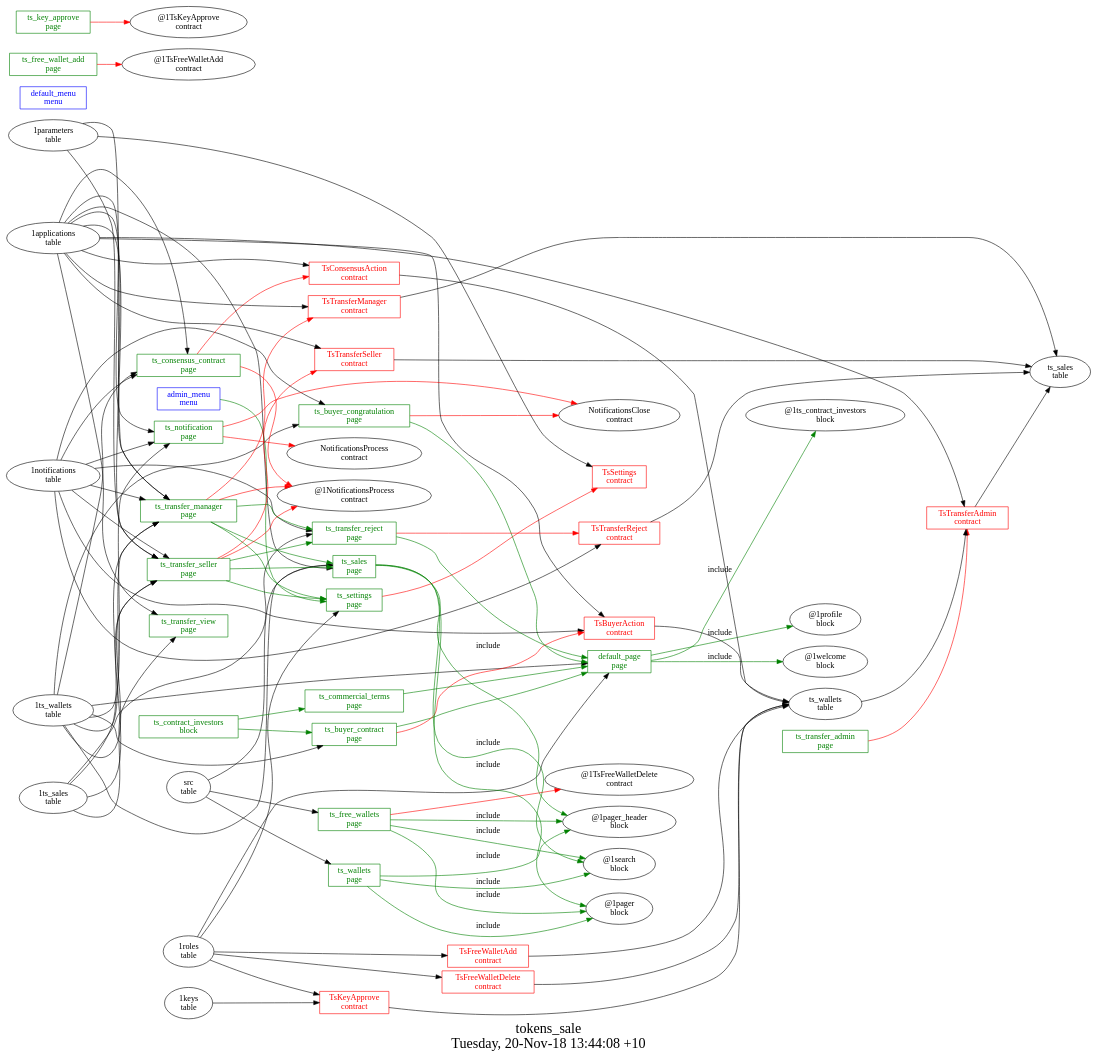
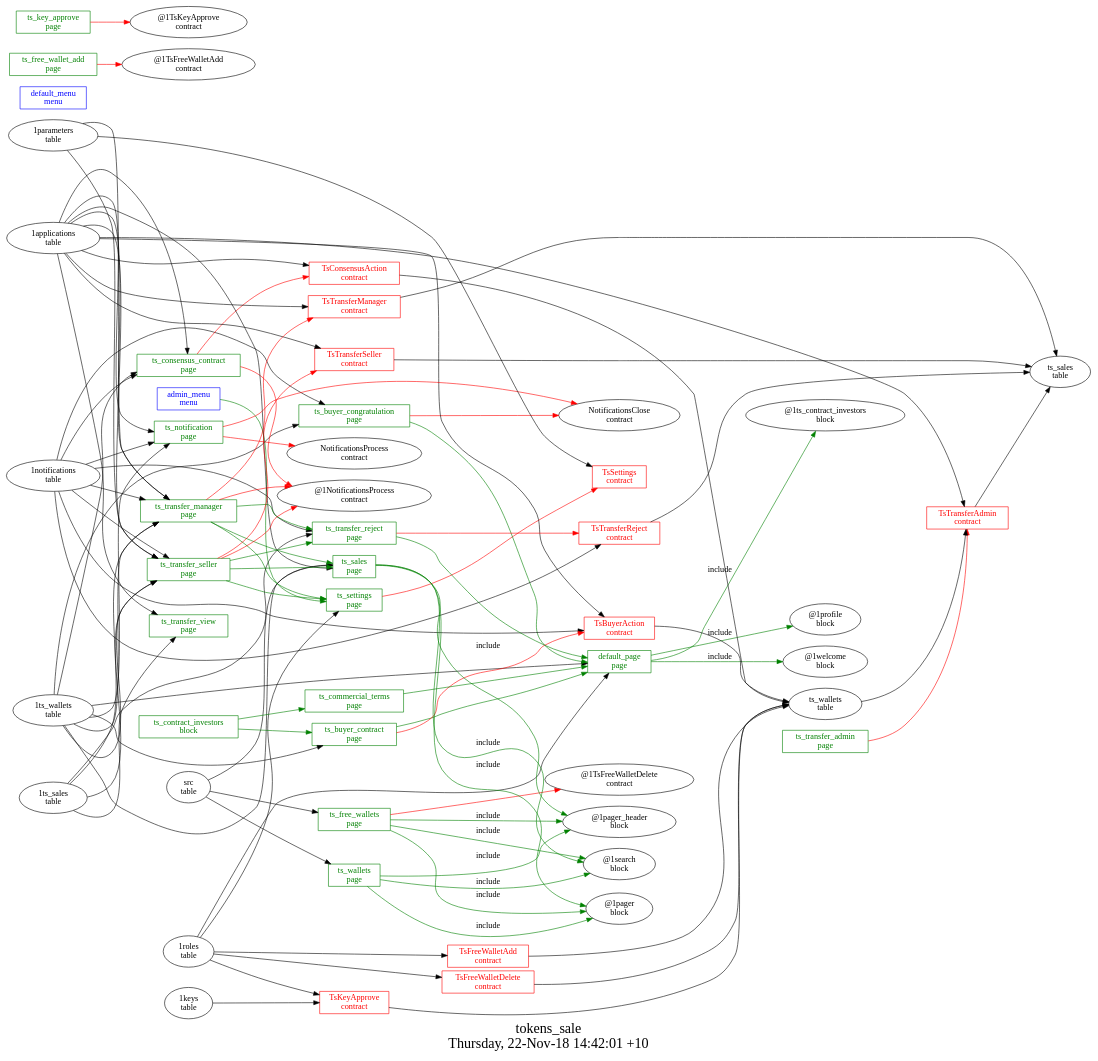
Before and after one commit to AplaProject/apps: the diagram in other/tokens_sale/struct.dot, drawn with Graphviz. The commit also changed 15 other files, not shown here.

```diff
--- a/other/tokens_sale/struct.dot
+++ b/other/tokens_sale/struct.dot
@@ -1,134 +1,134 @@
 digraph G {
 fontsize="24";
-label="tokens_sale\nTuesday, 20-Nov-18 13:44:08 +10";
+label="tokens_sale\nThursday, 22-Nov-18 14:42:01 +10";
 nojustify=true;
 ordering=out;
 rankdir=LR;
 size="30";
 "admin_menu\nmenu" -> "ts_settings\npage"  [ color=green ]
 "admin_menu\nmenu" [color=blue, fontcolor=blue, group=menus, shape=record];
 "default_menu\nmenu" [color=blue, fontcolor=blue, group=menus, shape=record];
 "1ts_wallets\ntable" -> "default_page\npage"
 "1roles\ntable" -> "default_page\npage"
 "default_page\npage" -> "@1ts_contract_investors\nblock"  [ color=green, label=include ]
 "default_page\npage" -> "@1profile\nblock"  [ color=green, label=include ]
 "default_page\npage" -> "@1welcome\nblock"  [ color=green, label=include ]
 "default_page\npage" [color=green, fontcolor=green, group=pages, shape=record];
 "ts_buyer_congratulation\npage" -> "NotificationsClose\ncontract"  [ color=red ]
 "1ts_wallets\ntable" -> "ts_buyer_congratulation\npage"
 "1notifications\ntable" -> "ts_buyer_congratulation\npage"
 "ts_buyer_congratulation\npage" -> "default_page\npage"  [ color=green ]
 "ts_buyer_congratulation\npage" [color=green, fontcolor=green, group=pages, shape=record];
 "ts_buyer_contract\npage" -> "TsBuyerAction\ncontract"  [ color=red ]
 "1ts_wallets\ntable" -> "ts_buyer_contract\npage"
 "ts_buyer_contract\npage" -> "default_page\npage"  [ color=green ]
 "ts_buyer_contract\npage" [color=green, fontcolor=green, group=pages, shape=record];
 "ts_commercial_terms\npage" -> "default_page\npage"  [ color=green ]
 "ts_commercial_terms\npage" [color=green, fontcolor=green, group=pages, shape=record];
 "ts_consensus_contract\npage" -> "TsConsensusAction\ncontract"  [ color=red ]
 "ts_consensus_contract\npage" -> "@1NotificationsProcess\ncontract"  [ color=red ]
 "1applications\ntable" -> "ts_consensus_contract\npage"
 "1notifications\ntable" -> "ts_consensus_contract\npage"
 "1ts_wallets\ntable" -> "ts_consensus_contract\npage"
 "ts_consensus_contract\npage" [color=green, fontcolor=green, group=pages, shape=record];
 "ts_free_wallet_add\npage" -> "@1TsFreeWalletAdd\ncontract"  [ color=red ]
 "ts_free_wallet_add\npage" [color=green, fontcolor=green, group=pages, shape=record];
 "ts_free_wallets\npage" -> "@1TsFreeWalletDelete\ncontract"  [ color=red ]
 "src\ntable" -> "ts_free_wallets\npage"
 "ts_free_wallets\npage" -> "@1pager_header\nblock"  [ color=green, label=include ]
 "ts_free_wallets\npage" -> "@1search\nblock"  [ color=green, label=include ]
 "ts_free_wallets\npage" -> "@1pager\nblock"  [ color=green, label=include ]
 "ts_free_wallets\npage" [color=green, fontcolor=green, group=pages, shape=record];
 "ts_key_approve\npage" -> "@1TsKeyApprove\ncontract"  [ color=red ]
 "ts_key_approve\npage" [color=green, fontcolor=green, group=pages, shape=record];
 "ts_notification\npage" -> "NotificationsClose\ncontract"  [ color=red ]
 "ts_notification\npage" -> "NotificationsProcess\ncontract"  [ color=red ]
 "1applications\ntable" -> "ts_notification\npage"
 "1notifications\ntable" -> "ts_notification\npage"
 "1ts_wallets\ntable" -> "ts_notification\npage"
 "ts_notification\npage" [color=green, fontcolor=green, group=pages, shape=record];
 "1applications\ntable" -> "ts_sales\npage"
 "src\ntable" -> "ts_sales\npage"
 "1ts_wallets\ntable" -> "ts_sales\npage"
 "ts_sales\npage" -> "@1pager_header\nblock"  [ color=green, label=include ]
 "ts_sales\npage" -> "@1search\nblock"  [ color=green, label=include ]
 "ts_sales\npage" -> "@1pager\nblock"  [ color=green, label=include ]
 "ts_sales\npage" [color=green, fontcolor=green, group=pages, shape=record];
 "ts_settings\npage" -> "TsSettings\ncontract"  [ color=red ]
 "1roles\ntable" -> "ts_settings\npage"
 "ts_settings\npage" [color=green, fontcolor=green, group=pages, shape=record];
 "ts_transfer_admin\npage" -> "TsTransferAdmin\ncontract"  [ color=red ]
 "ts_transfer_admin\npage" [color=green, fontcolor=green, group=pages, shape=record];
 "ts_transfer_manager\npage" -> "TsTransferManager\ncontract"  [ color=red ]
 "ts_transfer_manager\npage" -> "@1NotificationsProcess\ncontract"  [ color=red ]
 "1applications\ntable" -> "ts_transfer_manager\npage"
 "1notifications\ntable" -> "ts_transfer_manager\npage"
 "1ts_sales\ntable" -> "ts_transfer_manager\npage"
 "1ts_wallets\ntable" -> "ts_transfer_manager\npage"
 "1parameters\ntable" -> "ts_transfer_manager\npage"
 "ts_transfer_manager\npage" -> "ts_transfer_reject\npage"  [ color=green ]
 "ts_transfer_manager\npage" -> "ts_sales\npage"  [ color=green ]
 "ts_transfer_manager\npage" -> "ts_settings\npage"  [ color=green ]
 "ts_transfer_manager\npage" [color=green, fontcolor=green, group=pages, shape=record];
 "ts_transfer_reject\npage" -> "TsTransferReject\ncontract"  [ color=red ]
 "1notifications\ntable" -> "ts_transfer_reject\npage"
 "1ts_sales\ntable" -> "ts_transfer_reject\npage"
 "ts_transfer_reject\npage" -> "default_page\npage"  [ color=green ]
 "ts_transfer_reject\npage" [color=green, fontcolor=green, group=pages, shape=record];
 "ts_transfer_seller\npage" -> "TsTransferSeller\ncontract"  [ color=red ]
 "ts_transfer_seller\npage" -> "@1NotificationsProcess\ncontract"  [ color=red ]
 "1applications\ntable" -> "ts_transfer_seller\npage"
 "1notifications\ntable" -> "ts_transfer_seller\npage"
 "1ts_sales\ntable" -> "ts_transfer_seller\npage"
 "1ts_wallets\ntable" -> "ts_transfer_seller\npage"
 "1parameters\ntable" -> "ts_transfer_seller\npage"
 "ts_transfer_seller\npage" -> "ts_transfer_reject\npage"  [ color=green ]
 "ts_transfer_seller\npage" -> "ts_sales\npage"  [ color=green ]
 "ts_transfer_seller\npage" -> "ts_settings\npage"  [ color=green ]
 "ts_transfer_seller\npage" [color=green, fontcolor=green, group=pages, shape=record];
 "1applications\ntable" -> "ts_transfer_view\npage"
 "1ts_sales\ntable" -> "ts_transfer_view\npage"
 "ts_transfer_view\npage" [color=green, fontcolor=green, group=pages, shape=record];
 "src\ntable" -> "ts_wallets\npage"
 "ts_wallets\npage" -> "@1pager_header\nblock"  [ color=green, label=include ]
 "ts_wallets\npage" -> "@1search\nblock"  [ color=green, label=include ]
 "ts_wallets\npage" -> "@1pager\nblock"  [ color=green, label=include ]
 "ts_wallets\npage" [color=green, fontcolor=green, group=pages, shape=record];
 "ts_contract_investors\nblock" -> "ts_commercial_terms\npage"  [ color=green ]
 "ts_contract_investors\nblock" -> "ts_buyer_contract\npage"  [ color=green ]
 "ts_contract_investors\nblock" [color=green, fontcolor=green, group=blocks, shape=record];
 "TsBuyerAction\ncontract" -> "ts_wallets\ntable"  [ color="" ]
 "1applications\ntable" -> "TsBuyerAction\ncontract"
 "1notifications\ntable" -> "TsBuyerAction\ncontract"
 "TsBuyerAction\ncontract" [color=red, fontcolor=red, group=contracts, shape=record];
 "TsConsensusAction\ncontract" -> "ts_wallets\ntable"  [ color="" ]
 "1applications\ntable" -> "TsConsensusAction\ncontract"
 "TsConsensusAction\ncontract" [color=red, fontcolor=red, group=contracts, shape=record];
 "TsFreeWalletAdd\ncontract" -> "ts_wallets\ntable"  [ color="" ]
 "1roles\ntable" -> "TsFreeWalletAdd\ncontract"
 "TsFreeWalletAdd\ncontract" [color=red, fontcolor=red, group=contracts, shape=record];
 "TsFreeWalletDelete\ncontract" -> "ts_wallets\ntable"  [ color="" ]
 "1roles\ntable" -> "TsFreeWalletDelete\ncontract"
 "TsFreeWalletDelete\ncontract" [color=red, fontcolor=red, group=contracts, shape=record];
 "TsKeyApprove\ncontract" -> "ts_wallets\ntable"  [ color="" ]
 "1keys\ntable" -> "TsKeyApprove\ncontract"
 "1roles\ntable" -> "TsKeyApprove\ncontract"
 "TsKeyApprove\ncontract" [color=red, fontcolor=red, group=contracts, shape=record];
 "1parameters\ntable" -> "TsSettings\ncontract"
 "TsSettings\ncontract" [color=red, fontcolor=red, group=contracts, shape=record];
 "TsTransferAdmin\ncontract" -> "ts_sales\ntable"  [ color="" ]
 "1applications\ntable" -> "TsTransferAdmin\ncontract"
 "ts_wallets\ntable" -> "TsTransferAdmin\ncontract"
 "TsTransferAdmin\ncontract" [color=red, fontcolor=red, group=contracts, shape=record];
 "TsTransferManager\ncontract" -> "ts_sales\ntable"  [ color="" ]
 "1applications\ntable" -> "TsTransferManager\ncontract"
 "TsTransferManager\ncontract" [color=red, fontcolor=red, group=contracts, shape=record];
 "TsTransferReject\ncontract" -> "ts_sales\ntable"  [ color="" ]
 "1notifications\ntable" -> "TsTransferReject\ncontract"
 "TsTransferReject\ncontract" [color=red, fontcolor=red, group=contracts, shape=record];
 "TsTransferSeller\ncontract" -> "ts_sales\ntable"  [ color="" ]
 "1applications\ntable" -> "TsTransferSeller\ncontract"
 "TsTransferSeller\ncontract" [color=red, fontcolor=red, group=contracts, shape=record];
 "ts_sales\ntable" [color="", fontcolor="", group=tables, shape=""];
 "ts_wallets\ntable" [color="", fontcolor="", group=tables, shape=""];
 }
```
